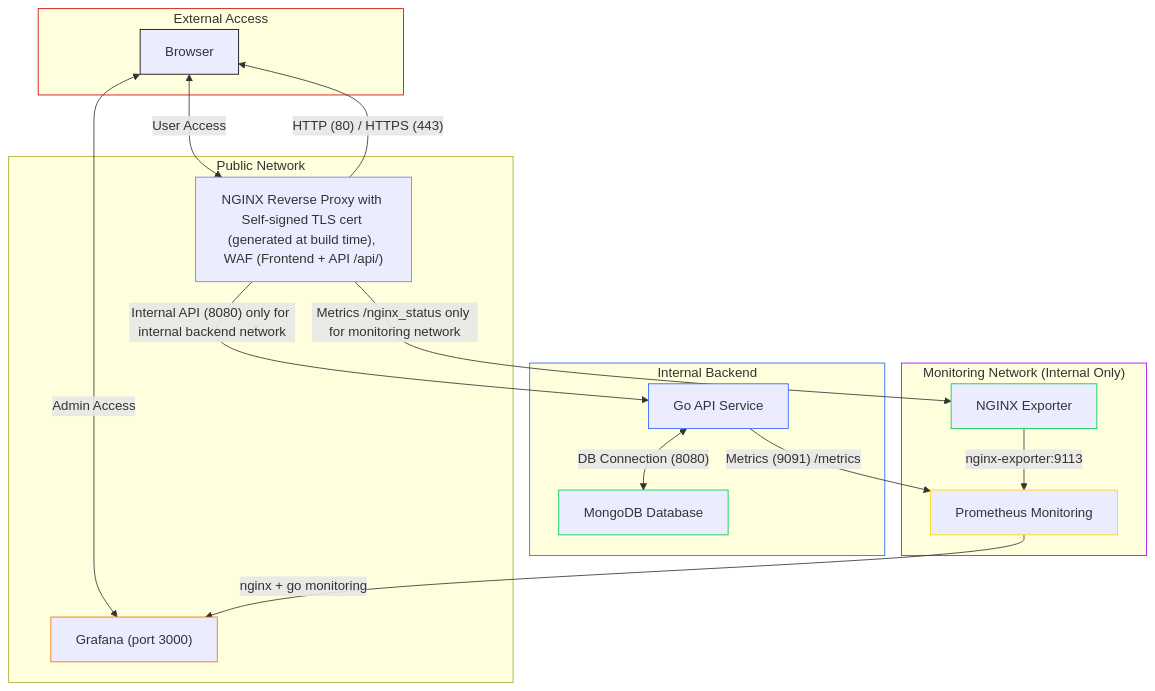
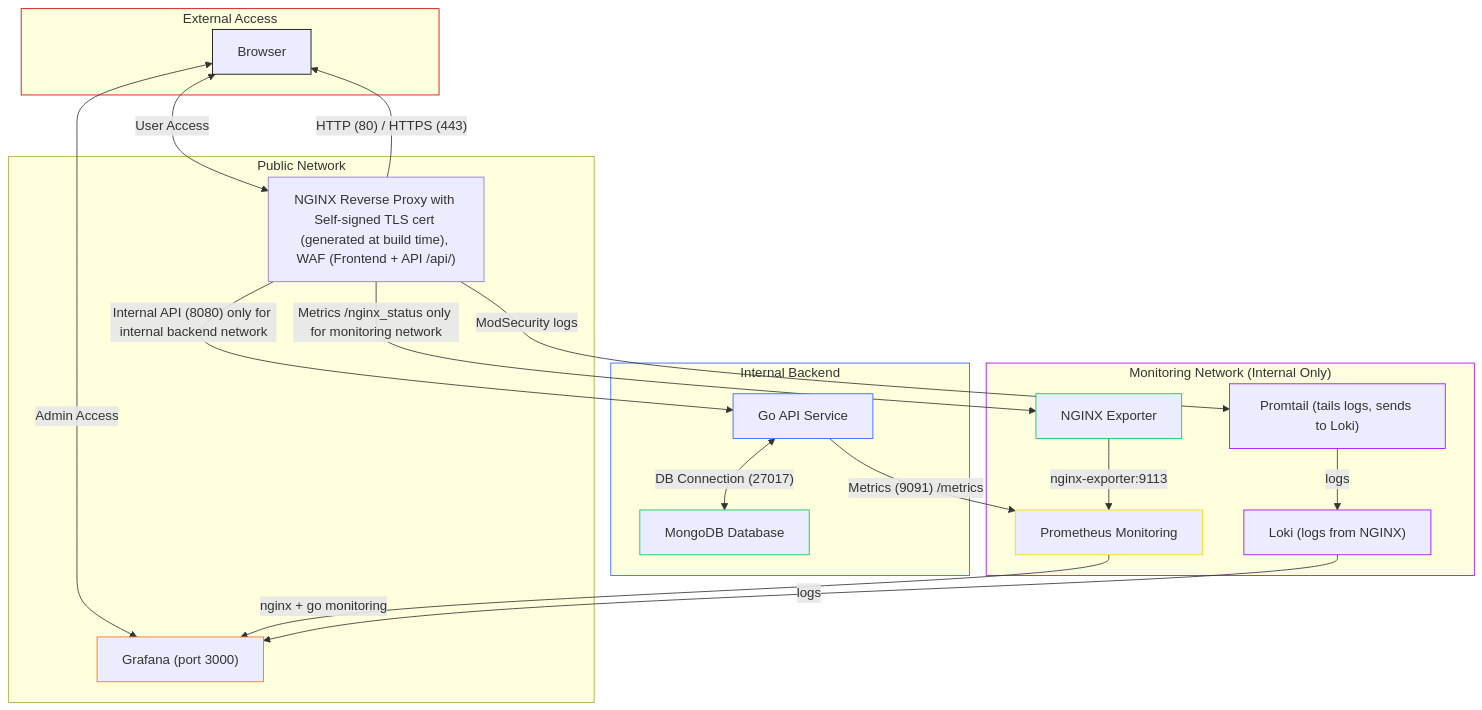
The first of 2 diagrams in README.md (KrzysztofMarciniak/go-alpinejs-mongodb-stack), drawn with Mermaid before and after one commit. The commit also changed 17 other files, not shown here.

````diff
--- a/README.md
+++ b/README.md
@@ -4,37 +4,50 @@
 ```mermaid
+
 flowchart TD
  subgraph External_Access["External Access"]
         Browser["Browser"]
   end
+
  subgraph Public_Network["Public Network"]
         NGINX["NGINX Reverse Proxy with Self-signed TLS cert (generated at build time), WAF (Frontend + API /api/)"]
         Grafana["Grafana (port 3000)"]
   end
+
  subgraph Internal_Backend["Internal Backend"]
         GoAPI["Go API Service"]
         MongoDB["MongoDB Database"]
   end
+
  subgraph Monitoring_Network["Monitoring Network (Internal Only)"]
         NGINX_Exporter["NGINX Exporter"]
         Prometheus["Prometheus Monitoring"]
+        Loki["Loki (logs from NGINX)"]
+        Promtail["Promtail (tails logs, sends to Loki)"]
   end
+
     Browser <-- User Access --> NGINX
     Browser <-- Admin Access --> Grafana
     NGINX -- HTTP (80) / HTTPS (443) --> Browser
     NGINX -- Internal API (8080) only for internal backend network --> GoAPI
-    GoAPI <-- DB Connection (8080) --> MongoDB
+    GoAPI <-- DB Connection (27017) --> MongoDB
     NGINX -- Metrics /nginx_status only for monitoring network --> NGINX_Exporter
     GoAPI -- Metrics (9091) /metrics --> Prometheus
     NGINX_Exporter -- "nginx-exporter:9113" --> Prometheus
     Prometheus -- nginx + go monitoring --> Grafana
+    NGINX -- ModSecurity logs --> Promtail
+    Promtail -- logs --> Loki
+    Loki -- logs --> Grafana
 
     style Browser stroke:#000000
     style Grafana stroke:#FF6D00
     style GoAPI stroke:#2962FF
     style MongoDB stroke:#00C853
     style NGINX_Exporter stroke:#00C853
     style Prometheus stroke:#FFD600
+    style Loki stroke:#AA00FF
+    style Promtail stroke:#AA00FF
     style External_Access stroke:#D50000
     style Internal_Backend stroke:#2962FF
     style Monitoring_Network stroke:#AA00FF
+
 ```
````
